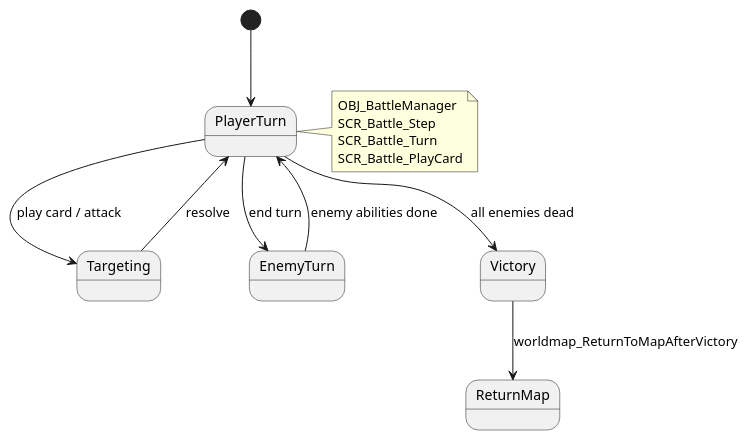
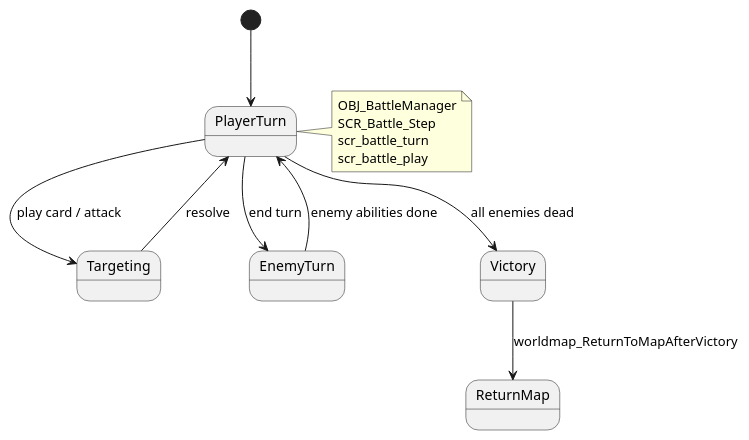
The diagram in reference/uml/03_battle_manager.puml (ThienNhanOng/ProjectCardGame), drawn with PlantUML before and after one commit. The commit also changed 799 other files, not shown here.

```diff
--- a/reference/uml/03_battle_manager.puml
+++ b/reference/uml/03_battle_manager.puml
@@ -1,19 +1,19 @@
 @startuml 03_battle_manager
 
 [*] --> PlayerTurn
 
 PlayerTurn --> Targeting : play card / attack
 Targeting --> PlayerTurn : resolve
 PlayerTurn --> EnemyTurn : end turn
 EnemyTurn --> PlayerTurn : enemy abilities done
 PlayerTurn --> Victory : all enemies dead
 Victory --> ReturnMap : worldmap_ReturnToMapAfterVictory
 
 note right of PlayerTurn
   OBJ_BattleManager
   SCR_Battle_Step
-  SCR_Battle_Turn
-  SCR_Battle_PlayCard
+  scr_battle_turn
+  scr_battle_play
 end note
 
 @enduml
```
